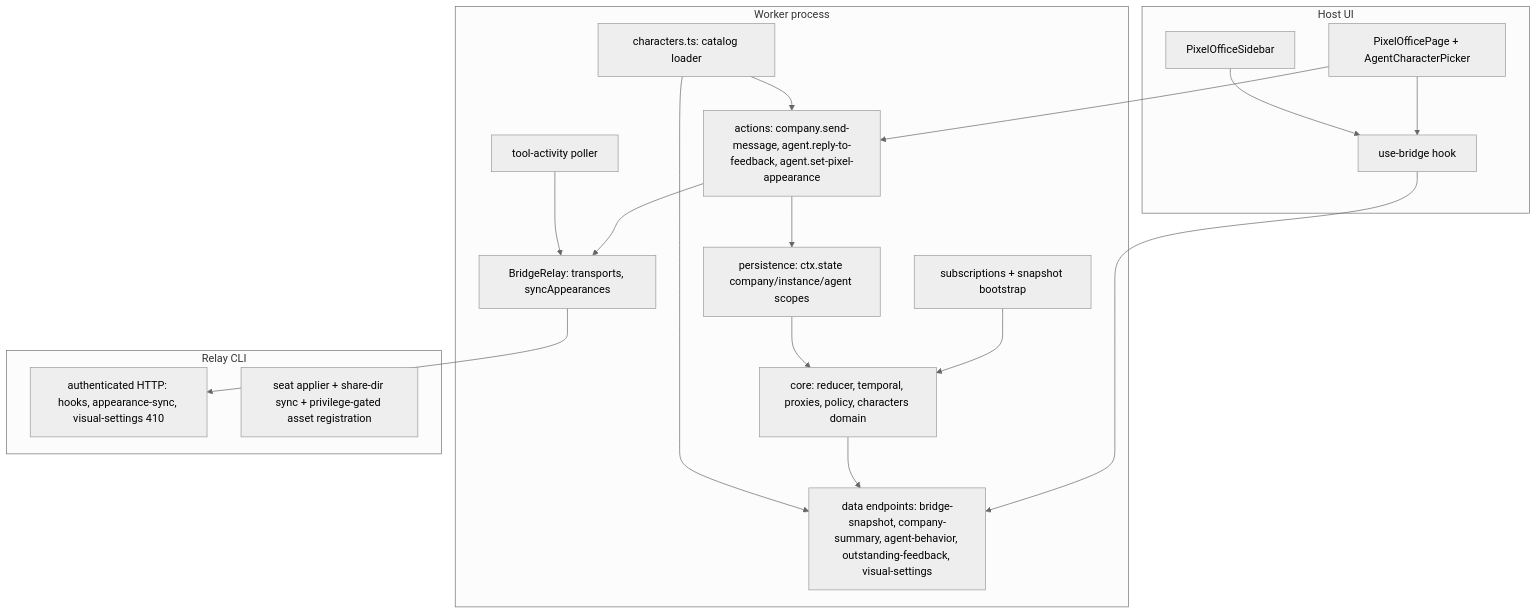
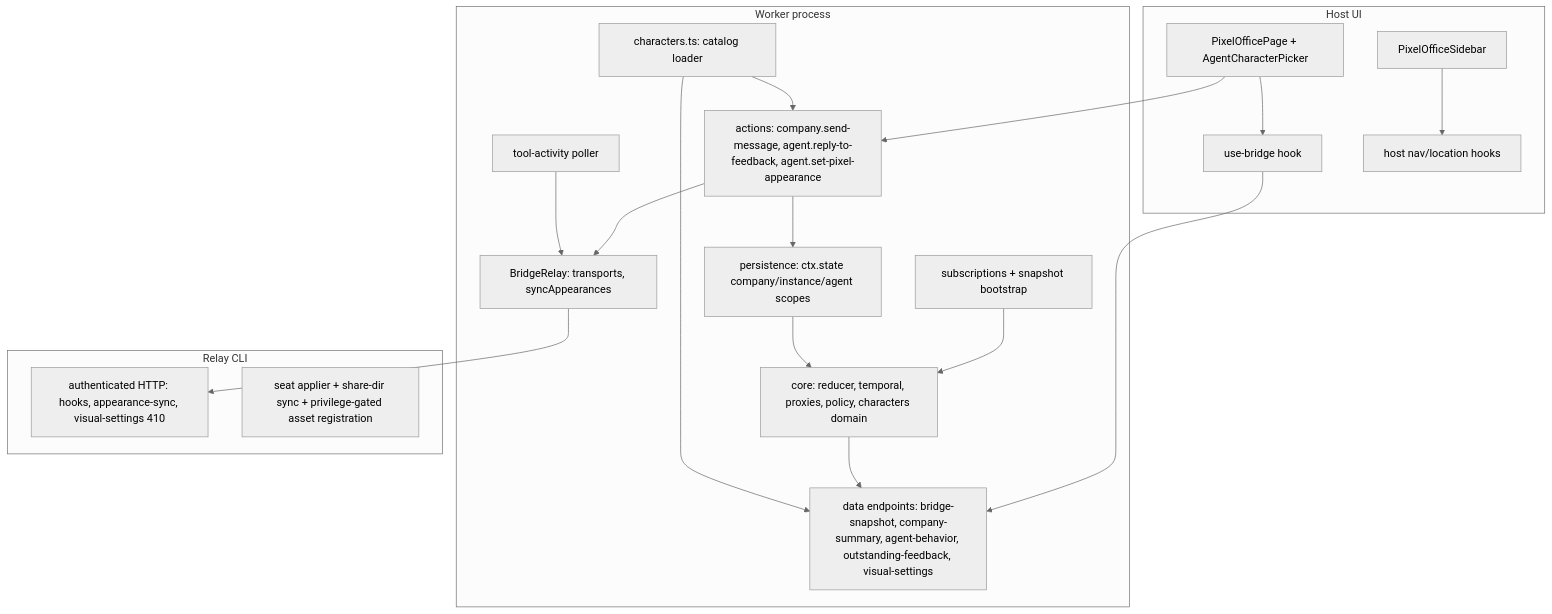
Before and after one commit to decaf-ts/paperclip-pixels: the second of 3 diagrams in workdocs/ai/architecture-handbook.md, drawn with Mermaid (neutral theme). The commit also changed other lines of this file and 31 other files, not shown here.

````diff
--- a/workdocs/ai/architecture-handbook.md
+++ b/workdocs/ai/architecture-handbook.md
@@ -189,34 +191,35 @@
 ```mermaid
 graph TD
     subgraph Host UI
         PAGE[PixelOfficePage + AgentCharacterPicker]
         SIDE[PixelOfficeSidebar]
         HOOK[use-bridge hook]
+        NAV[host nav/location hooks]
     end
     subgraph Worker process
         SUB[subscriptions + snapshot bootstrap]
         CORE[core: reducer, temporal, proxies, policy, characters domain]
         ACT[actions: company.send-message, agent.reply-to-feedback, agent.set-pixel-appearance]
         DATA[data endpoints: bridge-snapshot, company-summary, agent-behavior, outstanding-feedback, visual-settings]
         PERS[persistence: ctx.state company/instance/agent scopes]
         CHARS[characters.ts: catalog loader]
         RELAY[BridgeRelay: transports, syncAppearances]
         POLL[tool-activity poller]
     end
     subgraph Relay CLI
         HTTP[authenticated HTTP: hooks, appearance-sync, visual-settings 410]
         APPLY[seat applier + share-dir sync + privilege-gated asset registration]
     end
     PAGE --> HOOK --> DATA
     PAGE --> ACT
-    SIDE --> HOOK
+    SIDE --> NAV
     SUB --> CORE
     CORE --> DATA
     ACT --> PERS
     ACT --> RELAY
     CHARS --> DATA
     CHARS --> ACT
     PERS --> CORE
     RELAY --> HTTP
     POLL --> RELAY
 ```
````
